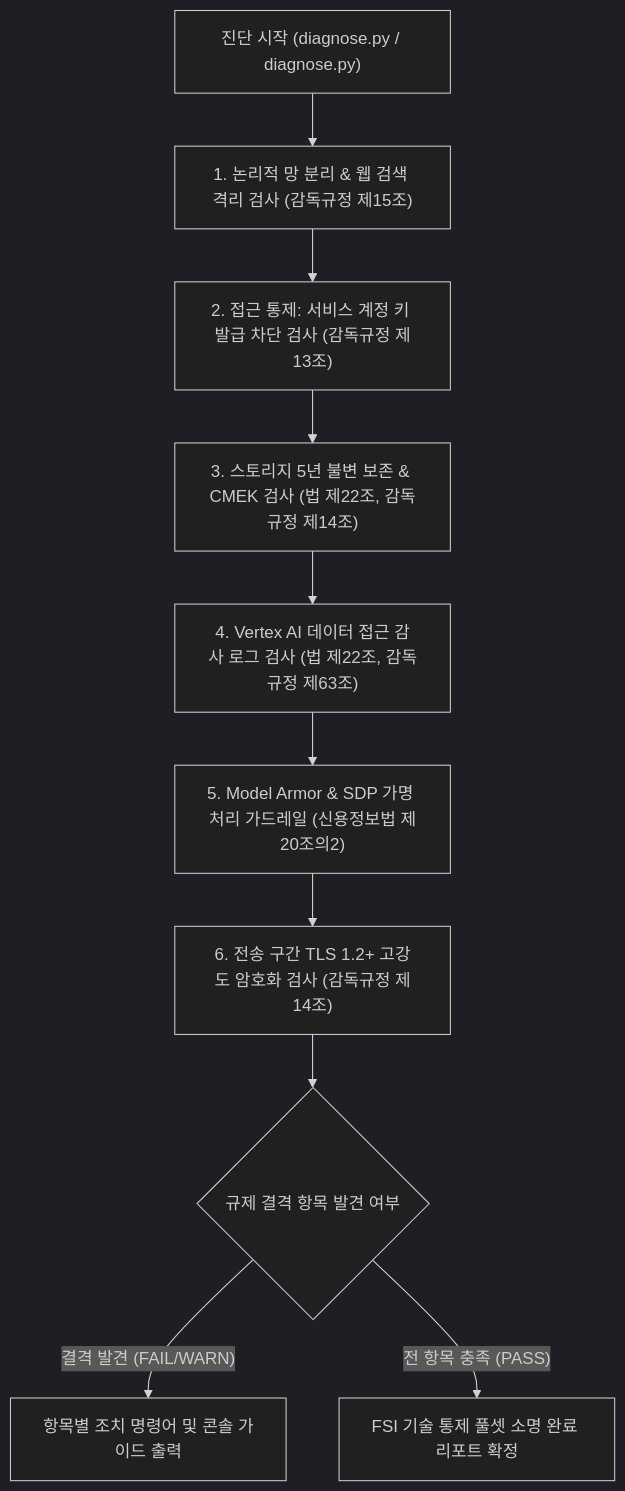
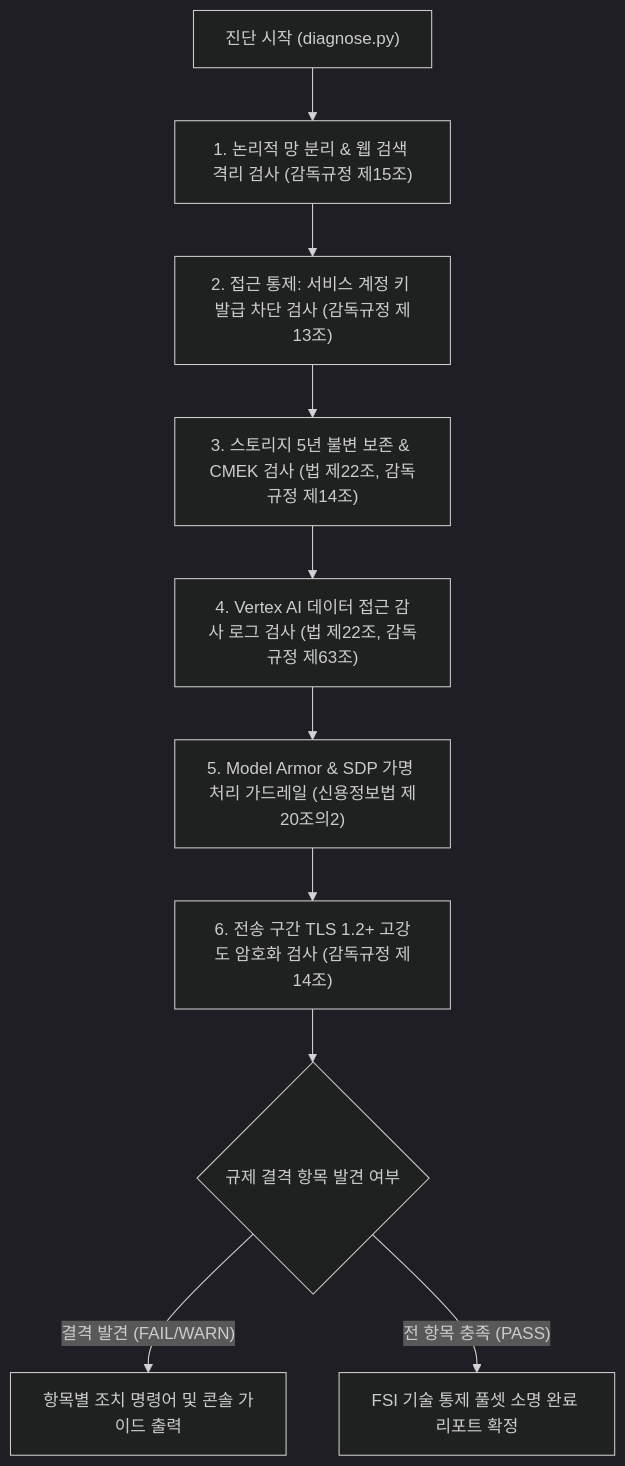
The diagram in samples/korea-regulatory-perimeter-guard/README.md (jiangjun-forge/google-cloud-0-to-1), drawn with Mermaid (dark theme) before and after one commit. The commit also changed other lines of this file and 193 other files, not shown here.

````diff
--- a/samples/korea-regulatory-perimeter-guard/README.md
+++ b/samples/korea-regulatory-perimeter-guard/README.md
@@ -47,12 +47,12 @@
 ```mermaid
 flowchart TD
-    A["진단 시작 (diagnose.py / diagnose.py)"] --> B["1. 논리적 망 분리 & 웹 검색 격리 검사 (감독규정 제15조)"]
+    A["진단 시작 (diagnose.py)"] --> B["1. 논리적 망 분리 & 웹 검색 격리 검사 (감독규정 제15조)"]
     B --> C["2. 접근 통제: 서비스 계정 키 발급 차단 검사 (감독규정 제13조)"]
     C --> D["3. 스토리지 5년 불변 보존 & CMEK 검사 (법 제22조, 감독규정 제14조)"]
     D --> E["4. Vertex AI 데이터 접근 감사 로그 검사 (법 제22조, 감독규정 제63조)"]
     E --> F["5. Model Armor & SDP 가명 처리 가드레일 (신용정보법 제20조의2)"]
     F --> G["6. 전송 구간 TLS 1.2+ 고강도 암호화 검사 (감독규정 제14조)"]
     G --> H{"규제 결격 항목 발견 여부"}
     H -- "결격 발견 (FAIL/WARN)" --> I["항목별 조치 명령어 및 콘솔 가이드 출력"]
     H -- "전 항목 충족 (PASS)" --> J["FSI 기술 통제 풀셋 소명 완료 리포트 확정"]
 ```
````
